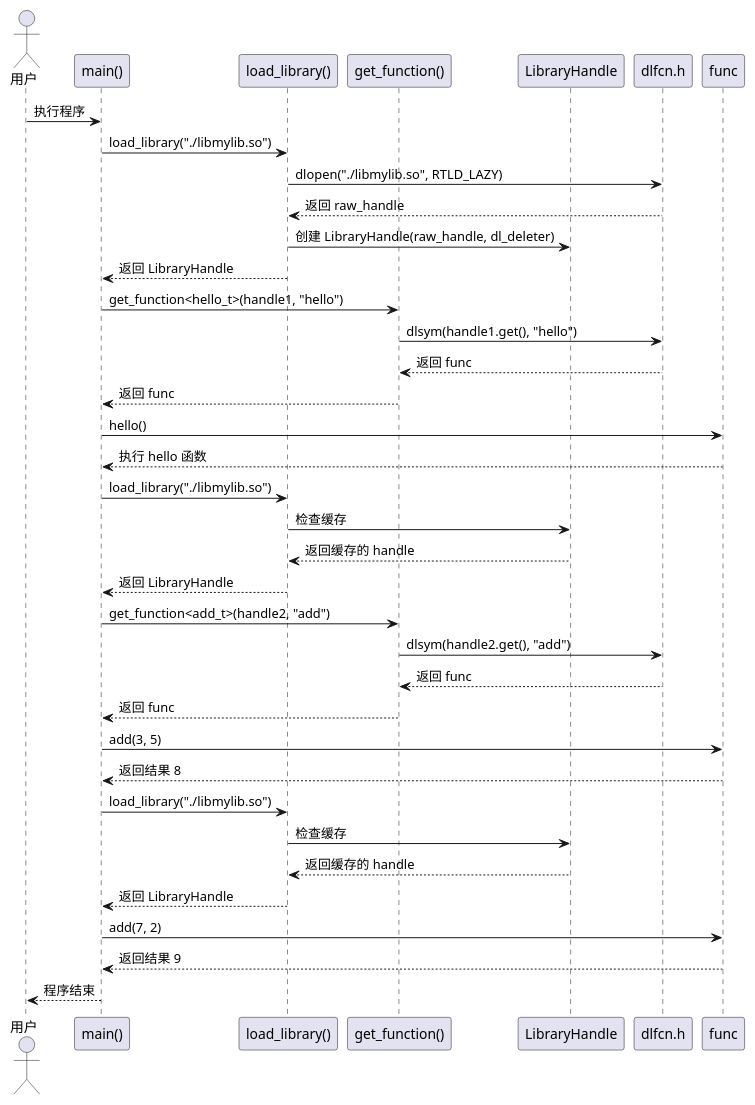
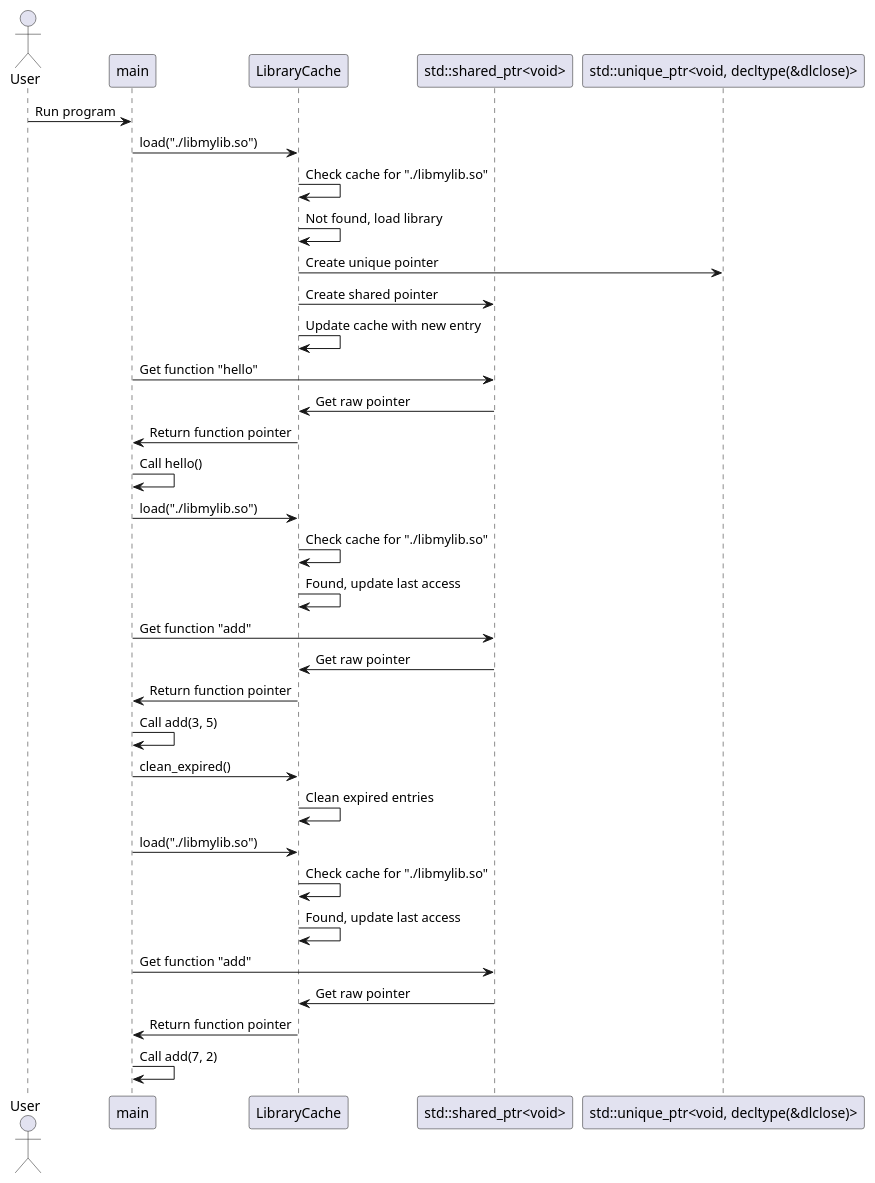
Before and after one commit to greenhandzdl/others: the diagram in CPP/lib/CommunicationD.pu, drawn with PlantUML. The commit also changed 4 other files, not shown here.

```diff
--- a/CPP/lib/CommunicationD.pu
+++ b/CPP/lib/CommunicationD.pu
@@ -1,41 +1,35 @@
 @startuml
-actor 用户
-participant "main()" as main
-participant "load_library()" as load_lib
-participant "get_function()" as get_func
-participant "LibraryHandle" as lib_handle
-participant "dlfcn.h" as dlfcn
+actor User
+participant main
+participant LibraryCache as Cache
+participant "std::shared_ptr<void>" as SharedPtr
+participant "std::unique_ptr<void, decltype(&dlclose)>" as UniquePtr
 
-用户 -> main: 执行程序
-main -> load_lib: load_library("./libmylib.so")
-load_lib -> dlfcn: dlopen("./libmylib.so", RTLD_LAZY)
-dlfcn --> load_lib: 返回 raw_handle
-load_lib -> lib_handle: 创建 LibraryHandle(raw_handle, dl_deleter)
-load_lib --> main: 返回 LibraryHandle
-main -> get_func: get_function<hello_t>(handle1, "hello")
-get_func -> dlfcn: dlsym(handle1.get(), "hello")
-dlfcn --> get_func: 返回 func
-get_func --> main: 返回 func
-main -> func: hello()
-func --> main: 执行 hello 函数
-
-main -> load_lib: load_library("./libmylib.so")
-load_lib -> lib_handle: 检查缓存
-lib_handle --> load_lib: 返回缓存的 handle
-load_lib --> main: 返回 LibraryHandle
-main -> get_func: get_function<add_t>(handle2, "add")
-get_func -> dlfcn: dlsym(handle2.get(), "add")
-dlfcn --> get_func: 返回 func
-get_func --> main: 返回 func
-main -> func: add(3, 5)
-func --> main: 返回结果 8
-
-main -> load_lib: load_library("./libmylib.so")
-load_lib -> lib_handle: 检查缓存
-lib_handle --> load_lib: 返回缓存的 handle
-load_lib --> main: 返回 LibraryHandle
-main -> func: add(7, 2)
-func --> main: 返回结果 9
-
-main --> 用户: 程序结束
+User -> main: Run program
+main -> Cache: load("./libmylib.so")
+Cache -> Cache: Check cache for "./libmylib.so"
+Cache -> Cache: Not found, load library
+Cache -> UniquePtr: Create unique pointer
+Cache -> SharedPtr: Create shared pointer
+Cache -> Cache: Update cache with new entry
+main -> SharedPtr: Get function "hello"
+SharedPtr -> Cache: Get raw pointer
+Cache -> main: Return function pointer
+main -> main: Call hello()
+main -> Cache: load("./libmylib.so")
+Cache -> Cache: Check cache for "./libmylib.so"
+Cache -> Cache: Found, update last access
+main -> SharedPtr: Get function "add"
+SharedPtr -> Cache: Get raw pointer
+Cache -> main: Return function pointer
+main -> main: Call add(3, 5)
+main -> Cache: clean_expired()
+Cache -> Cache: Clean expired entries
+main -> Cache: load("./libmylib.so")
+Cache -> Cache: Check cache for "./libmylib.so"
+Cache -> Cache: Found, update last access
+main -> SharedPtr: Get function "add"
+SharedPtr -> Cache: Get raw pointer
+Cache -> main: Return function pointer
+main -> main: Call add(7, 2)
 @enduml
```
